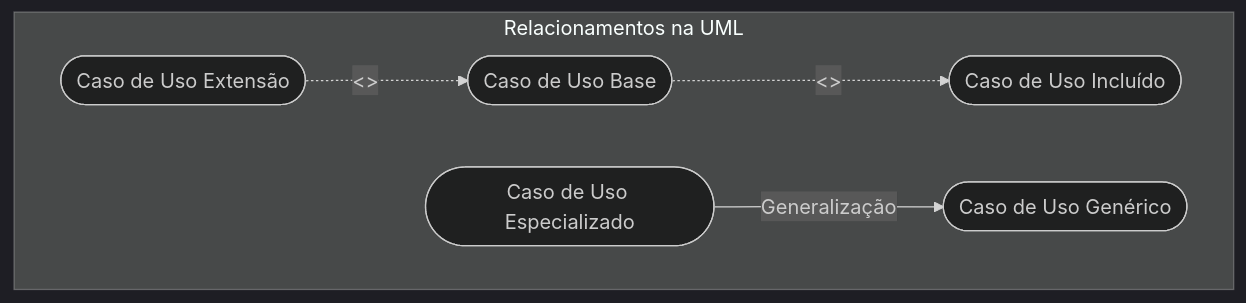
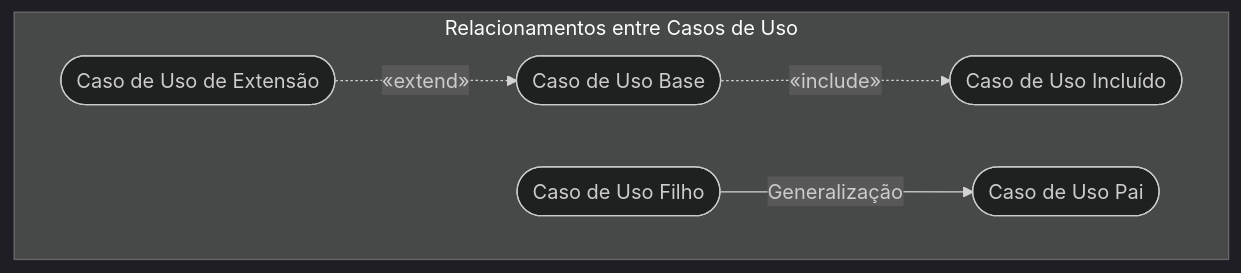
One commit to murilolol/unifef changed the tenth of 29 diagrams in 4º Semestre/[Prof. Wesley Soares] Engenharia de Software II/Resumos-IA/Simulados-Comentados.md. Above: the diagram before and after it, drawn with Mermaid (dark theme). The commit also changed other lines of this file and 40 other files, not shown here.

````diff
--- a/4º Semestre/[Prof. Wesley Soares] Engenharia de Software II/Resumos-IA/Simulados-Comentados.md
+++ b/4º Semestre/[Prof. Wesley Soares] Engenharia de Software II/Resumos-IA/Simulados-Comentados.md
@@ -594,14 +377,14 @@
 ```mermaid
 flowchart TD
- subgraph CasosDeUso["Relacionamentos na UML"]
- UC_Base(["Caso de Uso Base"])
- UC_Inc(["Caso de Uso Incluído"])
- UC_Ext(["Caso de Uso Extensão"])
- UC_Pai(["Caso de Uso Genérico"])
- UC_Filho(["Caso de Uso Especializado"])
+ subgraph DominioCasosUso["Relacionamentos entre Casos de Uso"]
+ Base(["Caso de Uso Base"])
+ Inc(["Caso de Uso Incluído"])
+ Ext(["Caso de Uso de Extensão"])
+ Pai(["Caso de Uso Pai"])
+ Filho(["Caso de Uso Filho"])
 
- UC_Base -.->|<<include>>| UC_Inc
- UC_Ext -.->|<<extend>>| UC_Base
- UC_Filho -->|Generalização| UC_Pai
+ Base -.->|"«include»"| Inc
+ Ext -.->|"«extend»"| Base
+ Filho -->|"Generalização"| Pai
  end
 ```
````
